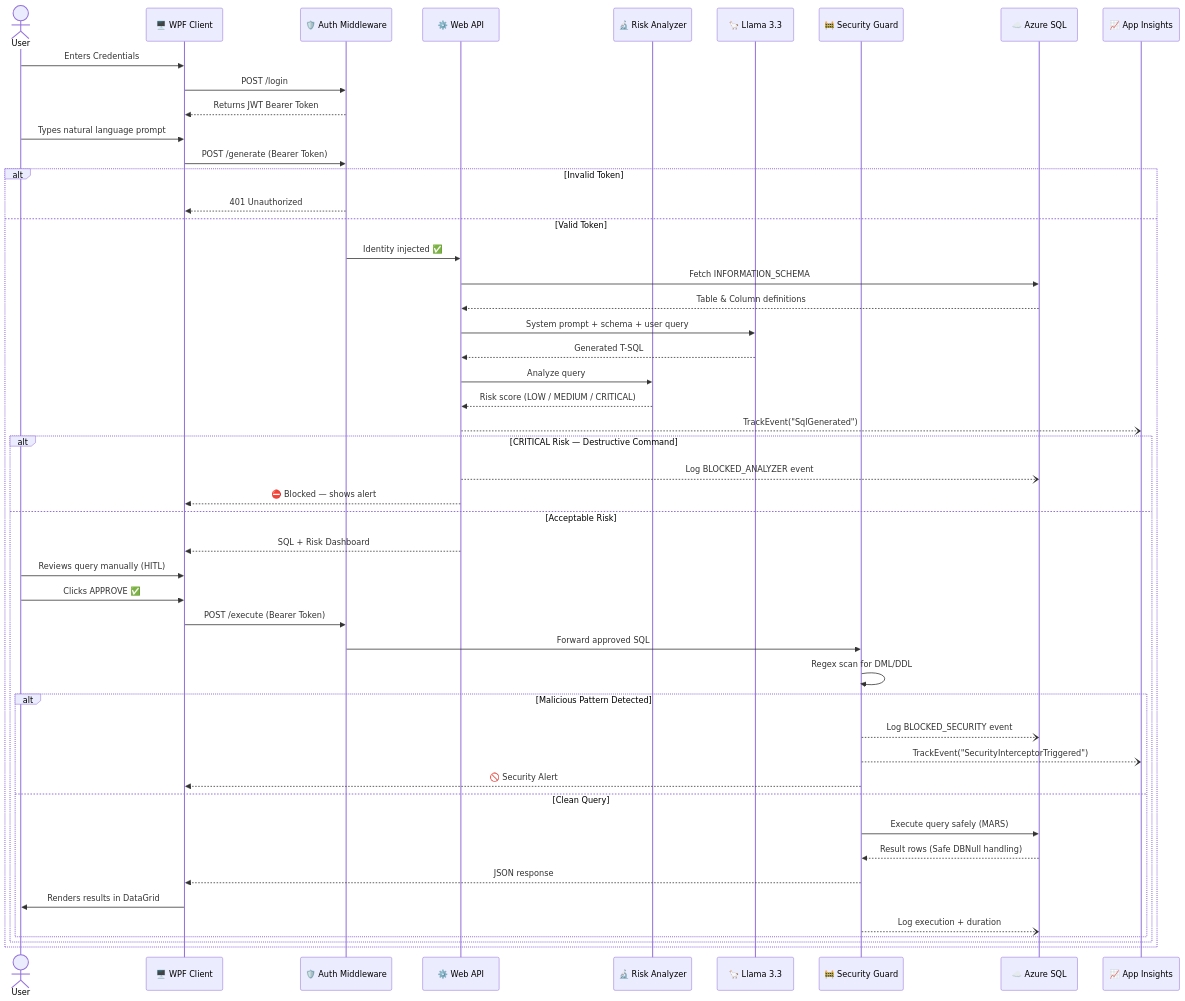
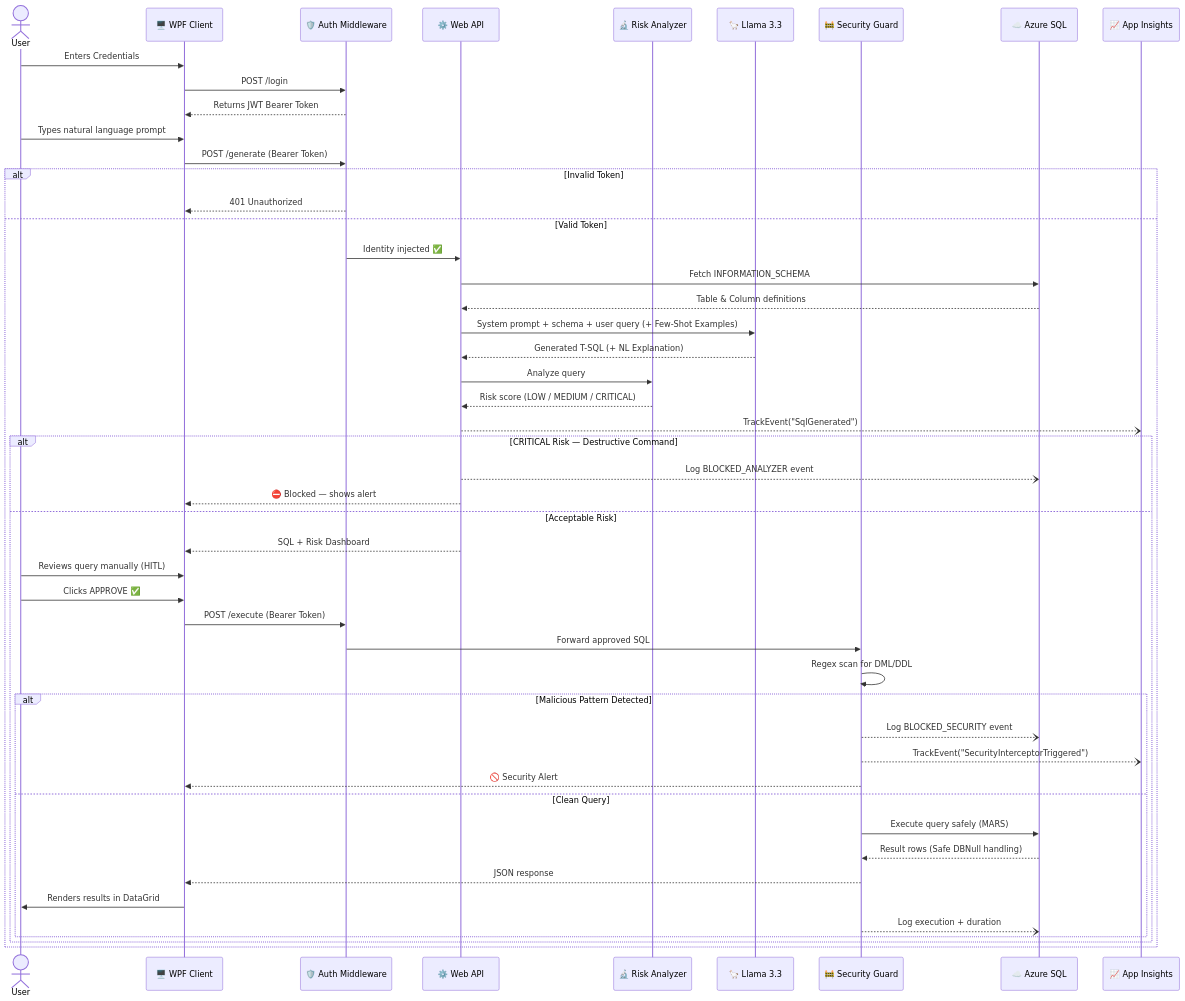
The second of 2 diagrams in README.md (mehul1005/AI-SQL-Assistant), drawn with Mermaid before and after one commit. The commit also changed other lines of this file and 3 other files, not shown here.

Commit message:
feat: add few-shot learning, query explanations, templates, and history tracking

````diff
--- a/README.md
+++ b/README.md
@@ -135,58 +152,58 @@
 ```mermaid
 sequenceDiagram
     actor User
     participant Client as 🖥️ WPF Client
     participant Auth   as 🛡️ Auth Middleware
     participant API    as ⚙️ Web API
     participant Risk   as 🔬 Risk Analyzer
     participant LLM    as 🦙 Llama 3.3
     participant Guard  as 🚧 Security Guard
     participant DB     as ☁️ Azure SQL
     participant Telemetry as 📈 App Insights
 
     User->>Client: Enters Credentials
     Client->>Auth: POST /login
     Auth-->>Client: Returns JWT Bearer Token
 
     User->>Client: Types natural language prompt
     Client->>Auth: POST /generate (Bearer Token)
 
     alt Invalid Token
         Auth-->>Client: 401 Unauthorized
     else Valid Token
         Auth->>API: Identity injected ✅
         API->>DB: Fetch INFORMATION_SCHEMA
         DB-->>API: Table & Column definitions
-        API->>LLM: System prompt + schema + user query
-        LLM-->>API: Generated T-SQL
+        API->>LLM: System prompt + schema + user query (+ Few-Shot Examples)
+        LLM-->>API: Generated T-SQL (+ NL Explanation)
         API->>Risk: Analyze query
         Risk-->>API: Risk score (LOW / MEDIUM / CRITICAL)
         API--)Telemetry: TrackEvent("SqlGenerated")
 
         alt CRITICAL Risk — Destructive Command
             API--)DB: Log BLOCKED_ANALYZER event
             API-->>Client: ⛔ Blocked — shows alert
         else Acceptable Risk
             API-->>Client: SQL + Risk Dashboard
             User->>Client: Reviews query manually (HITL)
             User->>Client: Clicks APPROVE ✅
 
             Client->>Auth: POST /execute (Bearer Token)
             Auth->>Guard: Forward approved SQL
             Guard->>Guard: Regex scan for DML/DDL
 
             alt Malicious Pattern Detected
                 Guard--)DB: Log BLOCKED_SECURITY event
                 Guard--)Telemetry: TrackEvent("SecurityInterceptorTriggered")
                 Guard-->>Client: 🚫 Security Alert
             else Clean Query
                 Guard->>DB: Execute query safely (MARS)
                 DB-->>Guard: Result rows (Safe DBNull handling)
                 Guard-->>Client: JSON response
                 Client->>User: Renders results in DataGrid
                 Guard--)DB: Log execution + duration
             end
         end
     end
 
 ```
````
